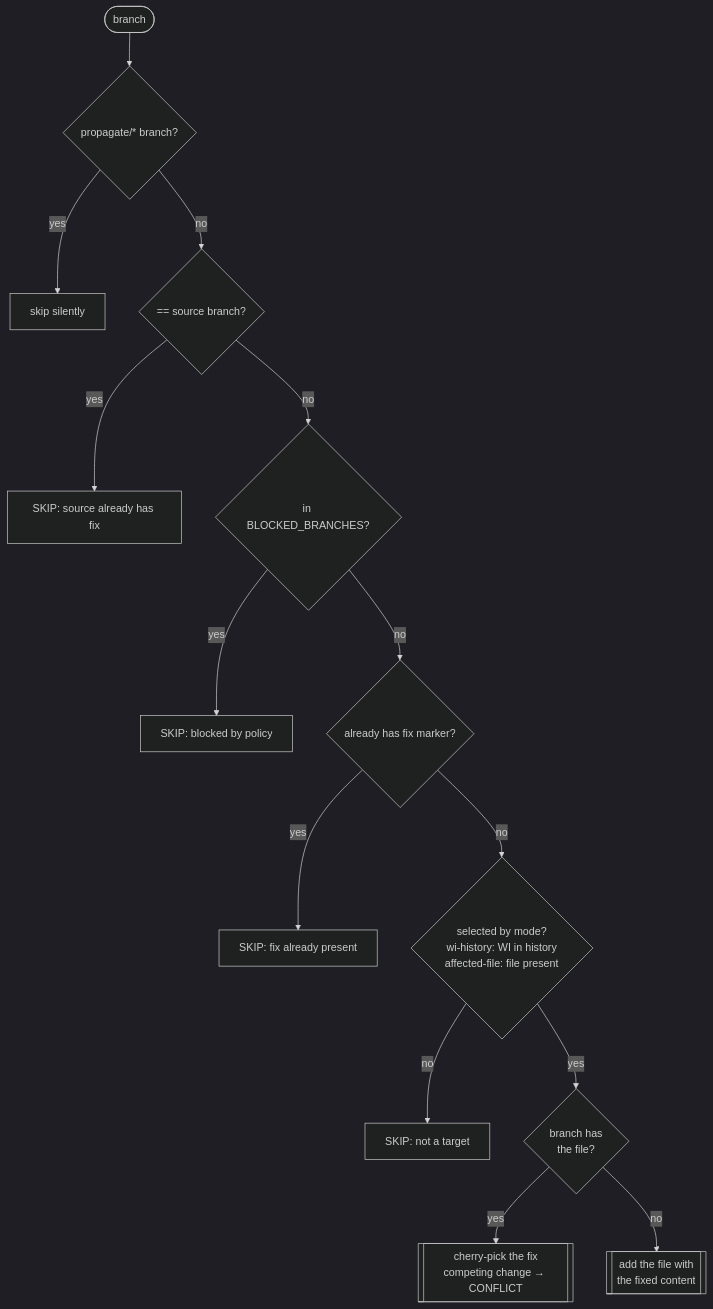
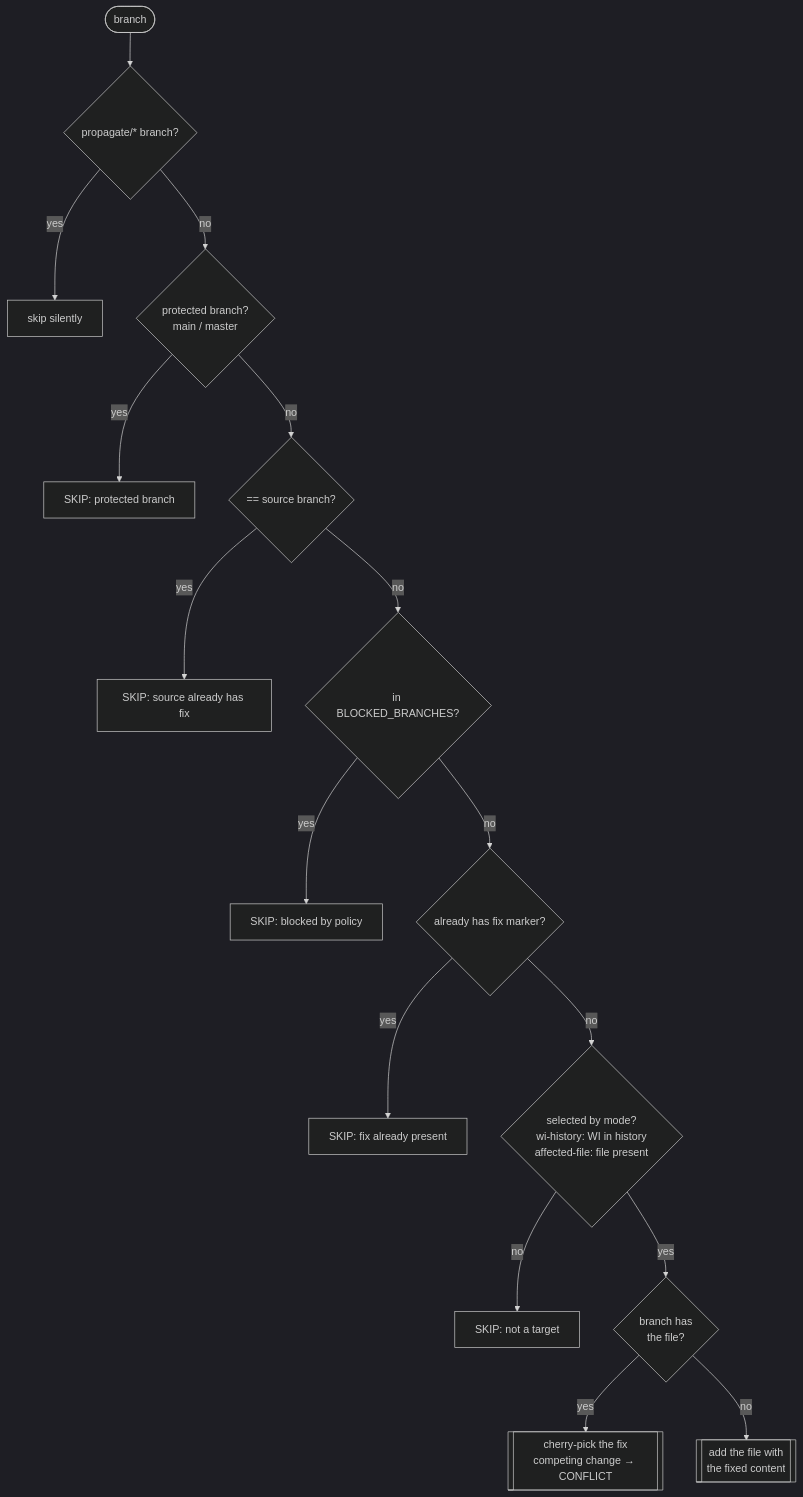
One commit to MajedSaade/kla-complex-test-repo changed the fourth of 9 diagrams in ARCHITECTURE.md. Above: the diagram before and after it, drawn with Mermaid (dark theme). The commit also changed other lines of this file and 3 other files, not shown here.

First line of the commit message:
Skip protected integration branches during patch propagation.

````diff
--- a/ARCHITECTURE.md
+++ b/ARCHITECTURE.md
@@ -236,16 +236,18 @@
 ```mermaid
 flowchart TD
     S([branch]) --> P{propagate/* branch?}
     P -- yes --> SKIP1[skip silently]
-    P -- no --> SRC{== source branch?}
+    P -- no --> PR0{protected branch?<br/>main / master}
+    PR0 -- yes --> SKP[SKIP: protected branch]
+    PR0 -- no --> SRC{== source branch?}
     SRC -- yes --> SK2[SKIP: source already has fix]
     SRC -- no --> BL{in BLOCKED_BRANCHES?}
     BL -- yes --> SK3[SKIP: blocked by policy]
     BL -- no --> HF{already has fix marker?}
     HF -- yes --> SK4[SKIP: fix already present]
     HF -- no --> SEL{selected by mode?<br/>wi-history: WI in history<br/>affected-file: file present}
     SEL -- no --> SK5[SKIP: not a target]
     SEL -- yes --> HASF{branch has<br/>the file?}
     HASF -- yes --> CP[[cherry-pick the fix<br/>competing change → CONFLICT]]
     HASF -- no --> ADD[[add the file with<br/>the fixed content]]
 ```
````
